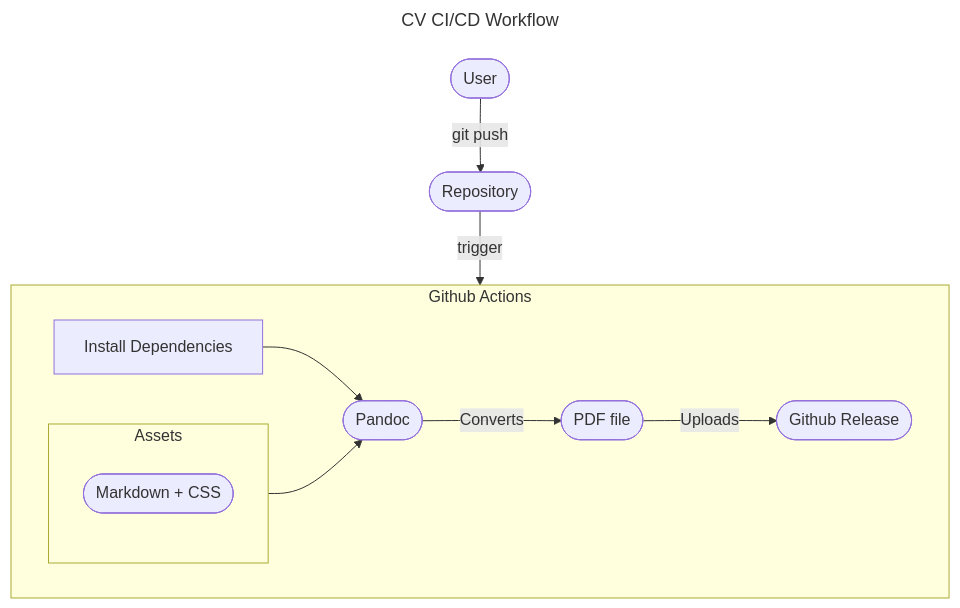
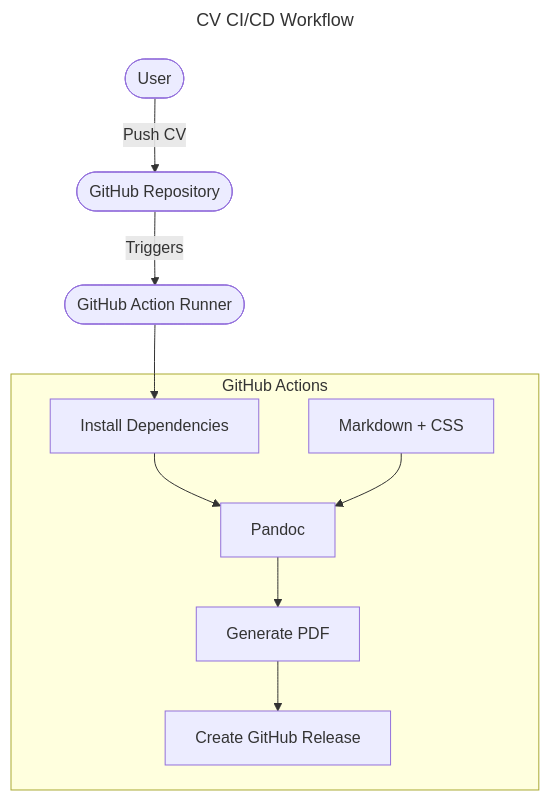
Before and after one commit to ShaharNaveh/ShaharNaveh.github.io: the diagram in content/blog/cicd-your-cv/index.md, drawn with Mermaid. The commit also changed other lines of this file, not shown here.

````diff
--- a/content/blog/cicd-your-cv/index.md
+++ b/content/blog/cicd-your-cv/index.md
@@ -16,28 +17,26 @@
 ```mermaid
 ---
 title: CV CI/CD Workflow
 ---
 flowchart TD
   user([User])
-  repository([Repository])
-  action([Github Action])
-  dependencies["Install Dependencies"]
-  pandoc([Pandoc])
-  markdown_css([Markdown + CSS])
-  pdf([PDF file])
-  release([Github Release])
-  
-  subgraph action [Github Actions]
-    dependencies-->pandoc
-    pandoc-- Converts -->pdf
-    pdf-- Uploads -->release
+  repo([GitHub Repository])
+  gh_action([GitHub Action Runner])
 
-    subgraph assets [Assets]
-      markdown_css
-    end
+  subgraph GitHub Actions
+    deps[Install Dependencies]
+    md_css[Markdown + CSS]
+    pandoc[Pandoc]
+    pdf[Generate PDF]
+    release[Create GitHub Release]
+
+    deps --> pandoc
+    md_css --> pandoc
+    pandoc --> pdf
+    pdf --> release
   end
 
-user-- git push -->repository
-repository-- trigger -->action
-assets-->pandoc
+  user -- Push CV --> repo
+  repo -- Triggers --> gh_action
+  gh_action --> deps
 ```
````
